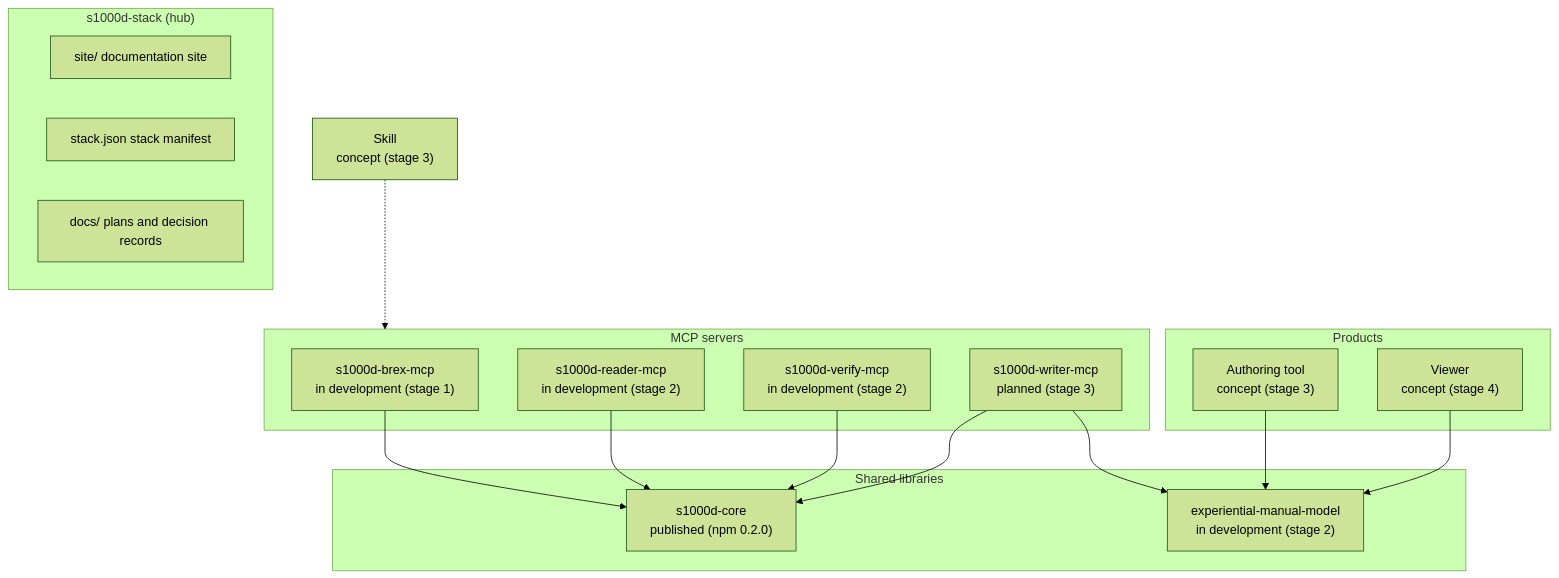
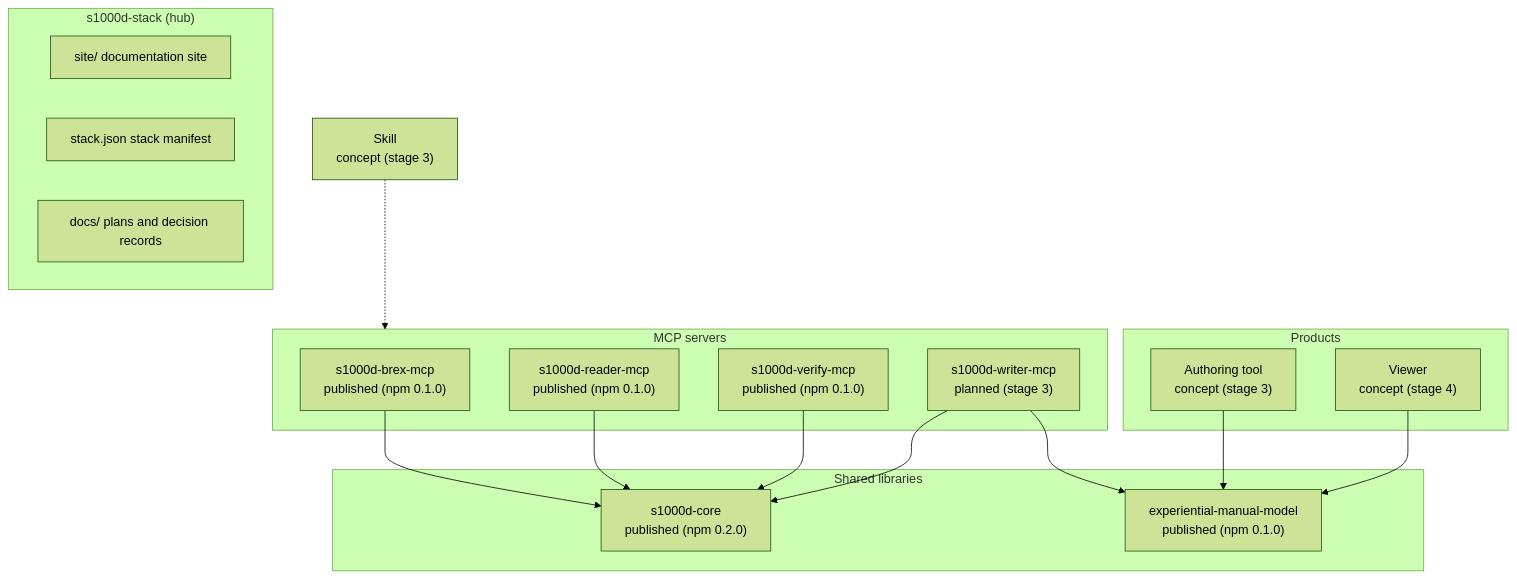
The diagram in site/src/content/docs/guide/architecture.md (shuji-bonji/s1000d-stack), drawn with Mermaid (forest theme) before and after one commit. The commit also changed other lines of this file and 17 other files, not shown here.

````diff
--- a/site/src/content/docs/guide/architecture.md
+++ b/site/src/content/docs/guide/architecture.md
@@ -10,31 +10,31 @@
 ```mermaid
 flowchart TB
   subgraph Hub["s1000d-stack (hub)"]
     SITE["site/ documentation site"]
     STACK["stack.json stack manifest"]
     DOCS["docs/ plans and decision records"]
   end
   subgraph Lib["Shared libraries"]
     CORE["s1000d-core<br/>published (npm 0.2.0)"]
-    MODEL["experiential-manual-model<br/>in development (stage 2)"]
+    MODEL["experiential-manual-model<br/>published (npm 0.1.0)"]
   end
   subgraph Mcp["MCP servers"]
-    BREX["s1000d-brex-mcp<br/>in development (stage 1)"]
-    R["s1000d-reader-mcp<br/>in development (stage 2)"]
-    V["s1000d-verify-mcp<br/>in development (stage 2)"]
+    BREX["s1000d-brex-mcp<br/>published (npm 0.1.0)"]
+    R["s1000d-reader-mcp<br/>published (npm 0.1.0)"]
+    V["s1000d-verify-mcp<br/>published (npm 0.1.0)"]
     W["s1000d-writer-mcp<br/>planned (stage 3)"]
   end
   subgraph App["Products"]
     ED["Authoring tool<br/>concept (stage 3)"]
     VW["Viewer<br/>concept (stage 4)"]
   end
   SK["Skill<br/>concept (stage 3)"]
   BREX --> CORE
   R --> CORE
   V --> CORE
   W --> CORE
   W --> MODEL
   ED --> MODEL
   VW --> MODEL
   SK -.-> Mcp
 ```
````
